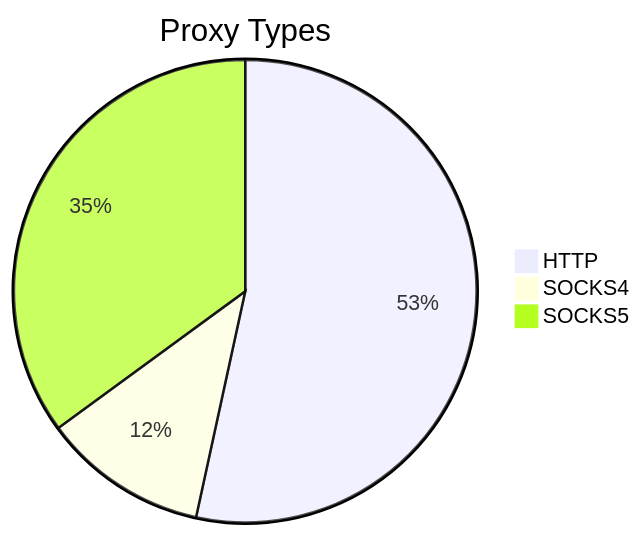
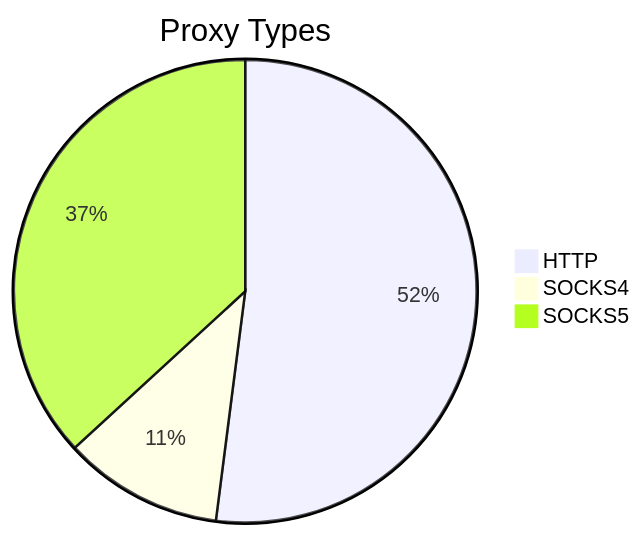
Before and after one commit to stormsia/proxy-list: the first of 2 diagrams in README.md, drawn with Mermaid. The commit also changed other lines of this file, not shown here.

````diff
--- a/README.md
+++ b/README.md
@@ -21,6 +21,6 @@
 ```mermaid
 pie title Proxy Types
-    "HTTP" : 227
-    "SOCKS4" : 49
-    "SOCKS5" : 149
+    "HTTP" : 154
+    "SOCKS4" : 33
+    "SOCKS5" : 109
 ```
````
